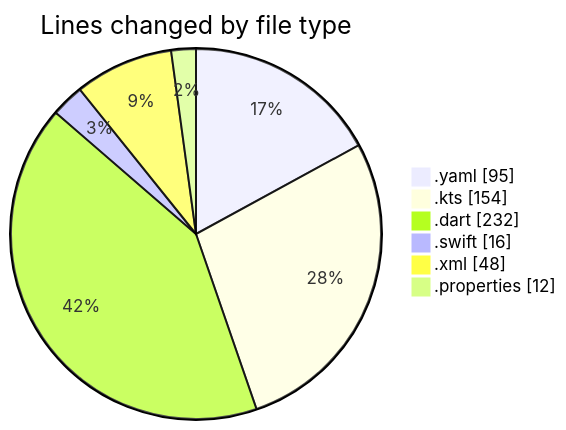
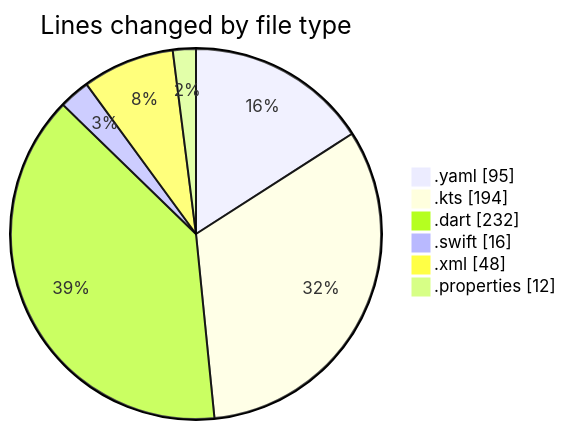
Before and after one commit to donsfak/code-tracking: the first of 2 diagrams in 2025-02-16/uber_clone/README.md, drawn with Mermaid. The commit also changed other lines of this file and 1 other file, not shown here.

````diff
--- a/2025-02-16/uber_clone/README.md
+++ b/2025-02-16/uber_clone/README.md
@@ -26,10 +26,10 @@
 ```mermaid
 pie showData
 title Lines changed by file type
 ".yaml" : 95
-".kts" : 154
+".kts" : 194
 ".dart" : 232
 ".swift" : 16
 ".xml" : 48
 ".properties" : 12
 ```
````
